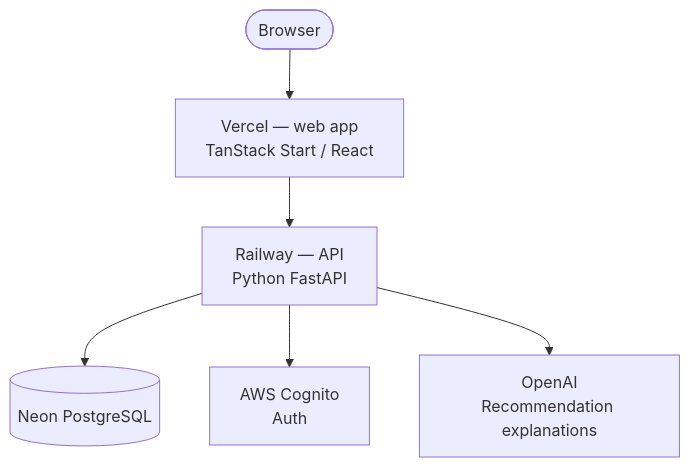
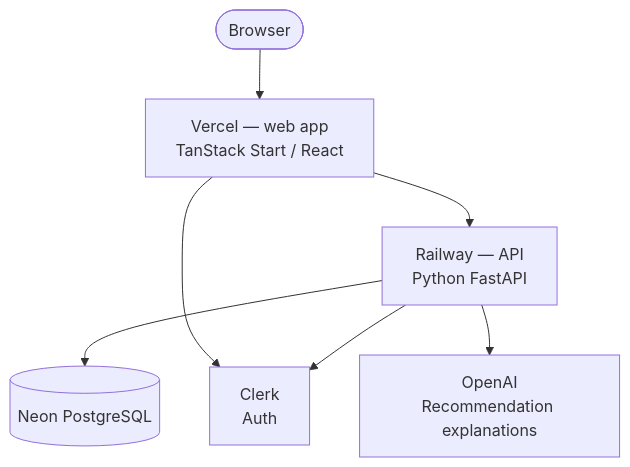
Before and after one commit to Sa-ar/beerolog: the diagram in README.md, drawn with Mermaid. The commit also changed other lines of this file and 6 other files, not shown here.

````diff
--- a/README.md
+++ b/README.md
@@ -7,15 +7,16 @@
 ```mermaid
 graph TD
   Browser([Browser])
   Vercel[Vercel — web app<br/>TanStack Start / React]
   Railway[Railway — API<br/>Python FastAPI]
   Neon[(Neon PostgreSQL)]
-  Cognito[AWS Cognito<br/>Auth]
+  Clerk[Clerk<br/>Auth]
   OpenAI[OpenAI<br/>Recommendation explanations]
 
   Browser --> Vercel
   Vercel --> Railway
   Railway --> Neon
-  Railway --> Cognito
+  Vercel --> Clerk
+  Railway --> Clerk
   Railway --> OpenAI
 ```
````
